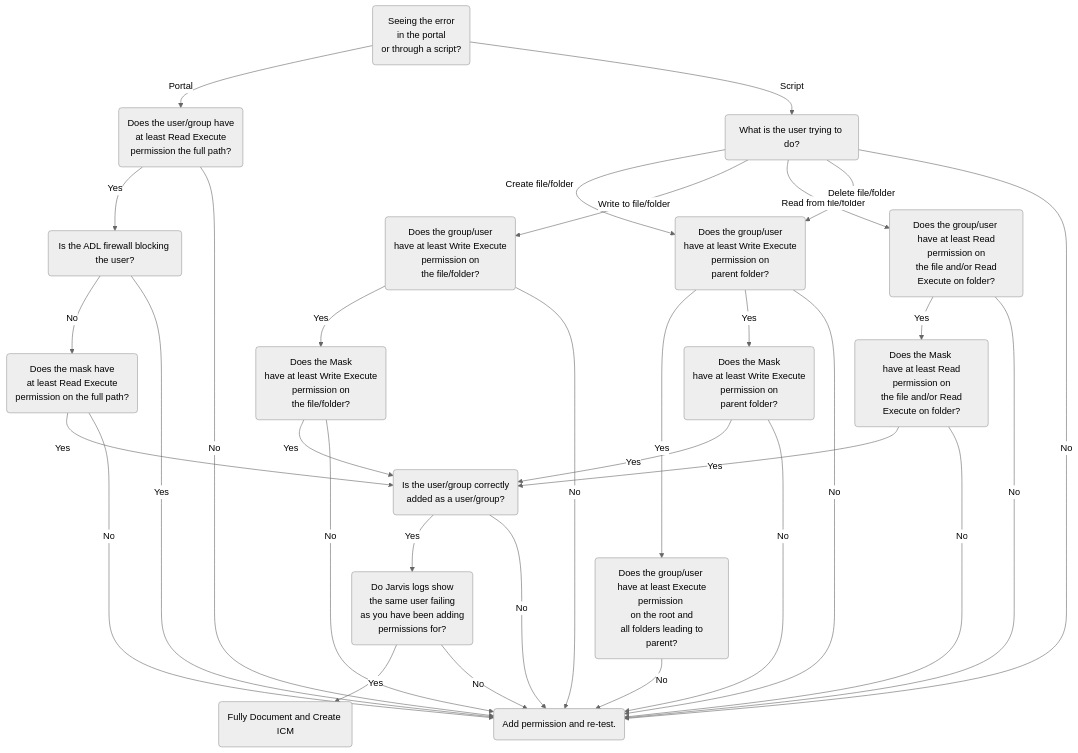
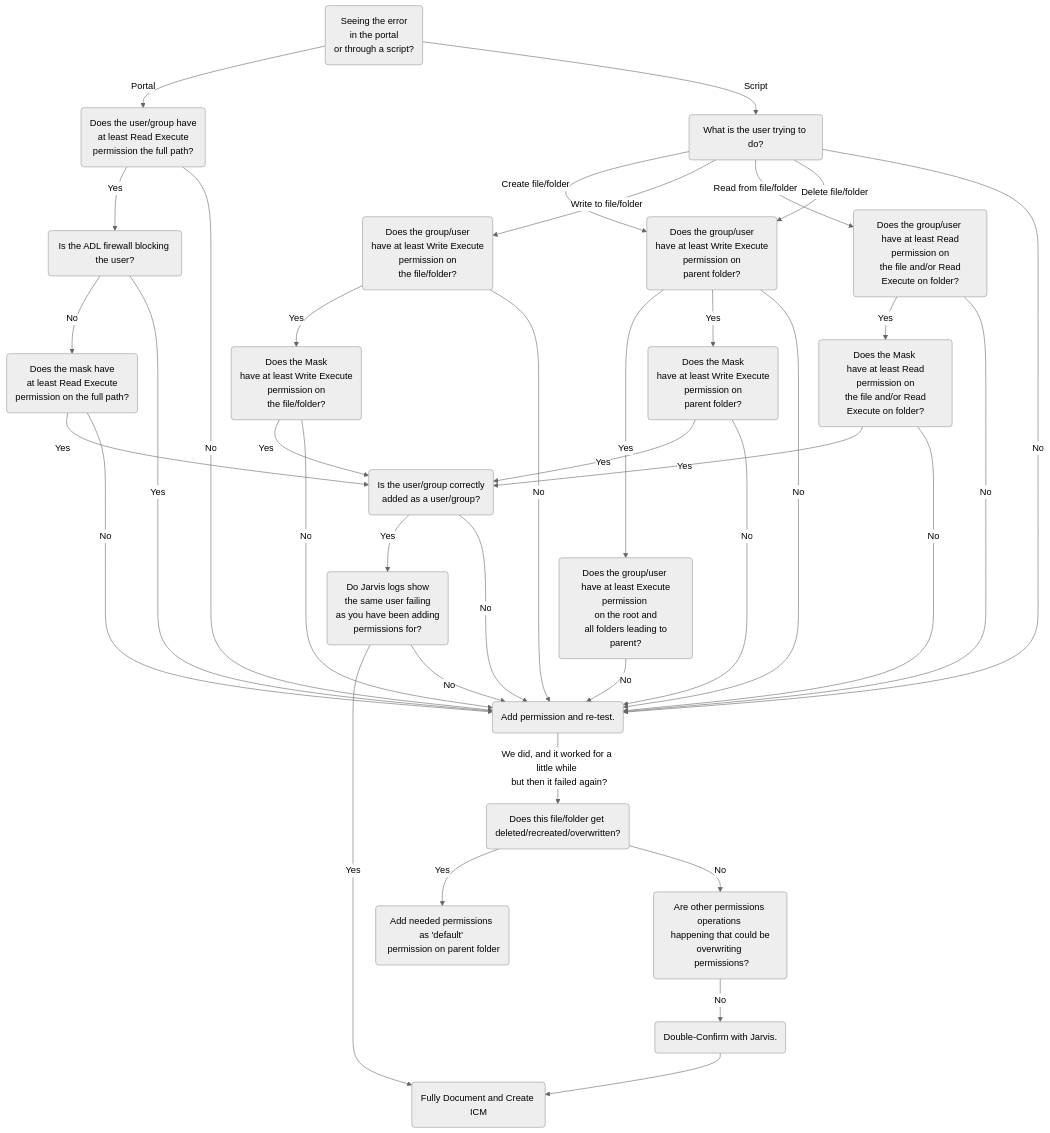
Before and after one commit to santi1s/Big-Data: the diagram in Big-Data/Technical-Troubleshooting/Product-Specific-Troubleshooting/POD-%2D-Data-Movement/Data-Lake-Store/TSGs/Troubleshooting-Access.md, drawn with Mermaid (neutral theme).

Commit message:
Updated Troubleshooting Access

```diff
--- a/Big-Data/Technical-Troubleshooting/Product-Specific-Troubleshooting/POD-%2D-Data-Movement/Data-Lake-Store/TSGs/Troubleshooting-Access.md
+++ b/Big-Data/Technical-Troubleshooting/Product-Specific-Troubleshooting/POD-%2D-Data-Movement/Data-Lake-Store/TSGs/Troubleshooting-Access.md
@@ -18,45 +18,52 @@
 ::: mermaid
 graph TD
 A(Seeing the error <br> in the portal<br> or through a script?) -->|Portal| C(Does the user/group have <br> at least Read Execute <br> permission the full path?)
 C -->|Yes| G(Is the ADL firewall blocking the user?)
 G -->|No| D(Does the mask have <br> at least Read Execute<br> permission on the full path?)
 D -->|Yes| E(Is the user/group correctly <br> added as a user/group?)
 E -->|Yes| F(Do Jarvis logs show <br> the same user failing <br> as you have been adding <br> permissions for?)
 
 A -->|Script| H(What is the user trying to do?)
 
 H -->|Create file/folder| I(Does the group/user <br> have at least Write Execute <br> permission on <br> parent folder?)
 H -->|Write to file/folder| M(Does the group/user <br> have at least Write Execute <br> permission on <br> the file/folder?)
 H -->|Read from file/folder| K(Does the group/user <br> have at least Read <br> permission on <br> the file and/or Read Execute on folder?)
 H -->|Delete file/folder| I
 
 I -->|Yes| J(Does the group/user <br> have at least Execute permission <br> on the root and <br> all folders leading to parent?)
 
 I -->|Yes| N(Does the Mask <br> have at least Write Execute <br> permission on <br> parent folder?)
 M -->|Yes| O(Does the Mask <br> have at least Write Execute <br> permission on <br> the file/folder?)
 K -->|Yes| P(Does the Mask <br> have at least Read <br> permission on <br> the file and/or Read Execute on folder?)
 
 N--> |Yes| E
 O --> |Yes| E
 P --> |Yes| E
 
 C -->|No| Z
 G -->|Yes| Z
 D -->|No| Z
 E -->|No| Z
 F -->|Yes| Y
 F -->|No| Z
 H -->|No| Z
 I -->|No| Z
 J --> |No| Z
 M --> |No| Z
 K --> |No| Z
 N--> |No| Z
 O --> |No| Z
 P --> |No| Z
 
 
 Y(Fully Document and Create ICM)
 Z(Add permission and re-test.)
 
+Z -->|We did, and it worked for a little while <br> but then it failed again?| AA(Does this file/folder get deleted/recreated/overwritten?) 
+
+AA -->|Yes| BB(Add needed permissions as 'default' <br> permission on parent folder)
+AA -->|No| CC(Are other permissions operations <br> happening that could be overwriting <br> permissions?)
+CC -->|No| DD(Double-Confirm with Jarvis.)
+DD --> Y
+
 :::
```
